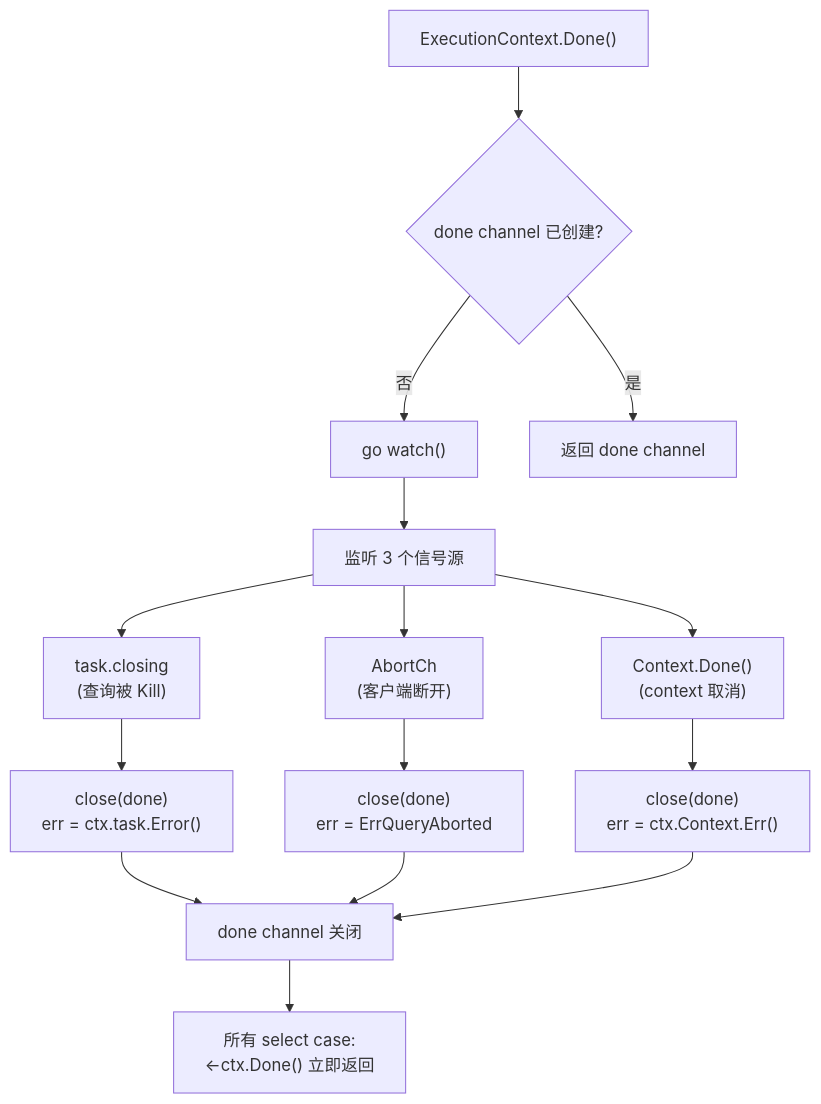
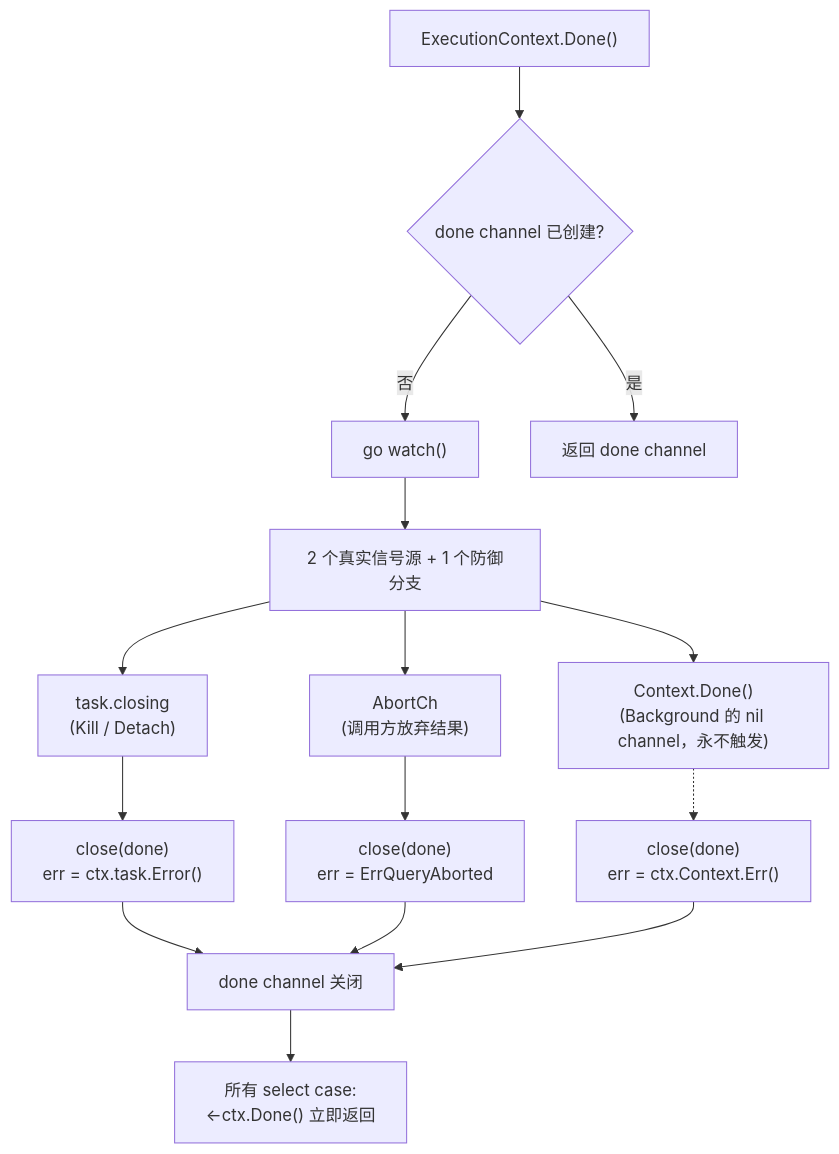
One commit to stefanv5/influxdb changed diagram 14 of 15 in docs/specs/11_influxql_execution_spec.md. Above: the diagram before and after it, drawn with Mermaid. The commit also changed other lines of this file and 16 other files, not shown here.

First line of the commit message:
docs: correct and deepen the 17 architecture specs

````diff
--- a/docs/specs/11_influxql_execution_spec.md
+++ b/docs/specs/11_influxql_execution_spec.md
@@ -2028,19 +2438,19 @@
 ```mermaid
 flowchart TD
     A["ExecutionContext.Done()"] --> B{"done channel 已创建?"}
     B -->|"否"| C["go watch()"]
-    C --> D["监听 3 个信号源"]
-    D --> E["task.closing<br>(查询被 Kill)"]
-    D --> F["AbortCh<br>(客户端断开)"]
-    D --> G["Context.Done()<br>(context 取消)"]
+    C --> D["2 个真实信号源 + 1 个防御分支"]
+    D --> E["task.closing<br>(Kill / Detach)"]
+    D --> F["AbortCh<br>(调用方放弃结果)"]
+    D --> G["Context.Done()<br>(Background 的 nil channel，永不触发)"]
     E --> H["close(done)<br>err = ctx.task.Error()"]
     F --> H2["close(done)<br>err = ErrQueryAborted"]
-    G --> H3["close(done)<br>err = ctx.Context.Err()"]
+    G -.-> H3["close(done)<br>err = ctx.Context.Err()"]
 
     B -->|"是"| I["返回 done channel"]
 
     H --> J["done channel 关闭"]
     H2 --> J
     H3 --> J
     J --> K["所有 select case:<br><-ctx.Done() 立即返回"]
 ```
````
